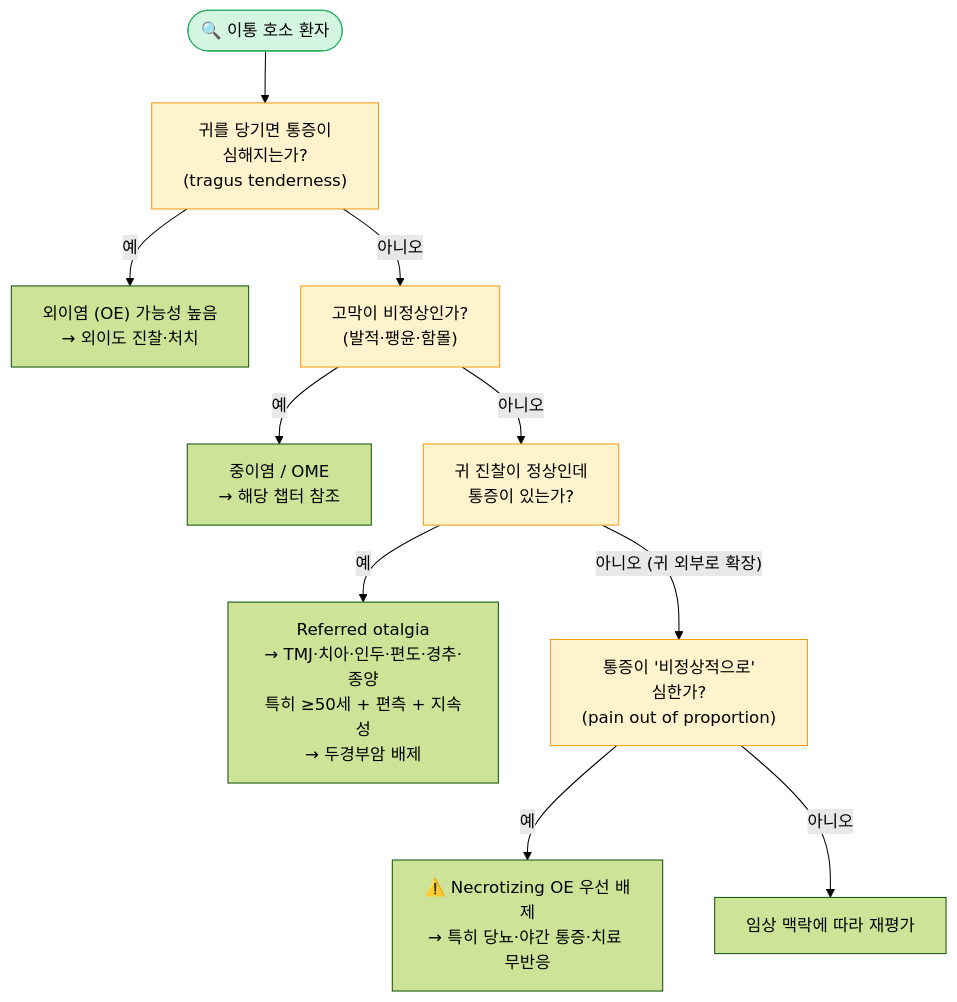
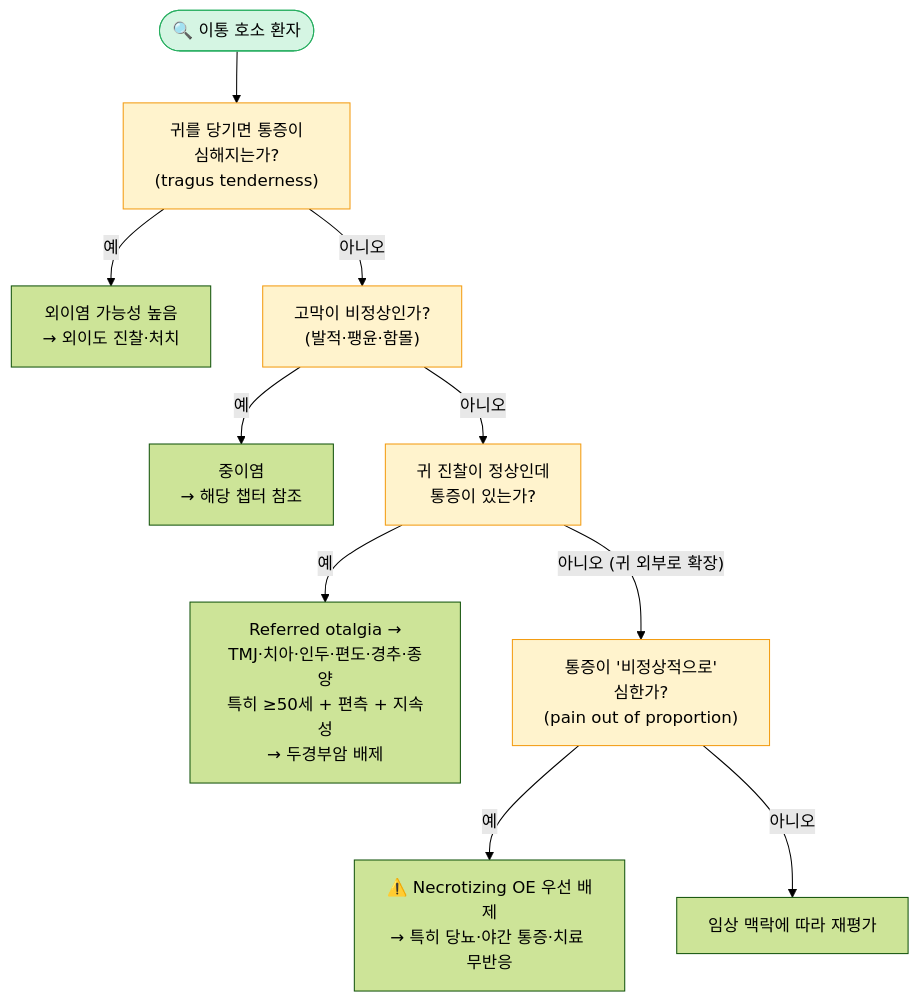
Before and after one commit to familyoh77/familyoh77: the first of 2 diagrams in 222_/047_-otitis-externa.md, drawn with Mermaid (forest theme). The commit also changed other lines of this file, not shown here.

````diff
--- a/222_/047_-otitis-externa.md
+++ b/222_/047_-otitis-externa.md
@@ -86,17 +86,17 @@
 ```mermaid
 graph TD
     S(["🔍 이통 호소 환자"]) --> Q1["귀를 당기면 통증이<br/>심해지는가?<br/>(tragus tenderness)"]
-    Q1 -- "예" --> OE["외이염 (OE) 가능성 높음<br/>→ 외이도 진찰·처치"]
+    Q1 -- "예" --> OE["외이염 가능성 높음<br/>→ 외이도 진찰·처치"]
     Q1 -- "아니오" --> Q2["고막이 비정상인가?<br/>(발적·팽윤·함몰)"]
-    Q2 -- "예" --> OM["중이염 / OME<br/>→ 해당 챕터 참조"]
+    Q2 -- "예" --> OM["중이염<br/>→ 해당 챕터 참조"]
     Q2 -- "아니오" --> Q3["귀 진찰이 정상인데<br/>통증이 있는가?"]
-    Q3 -- "예" --> REF["Referred otalgia<br/>→ TMJ·치아·인두·편도·경추·종양<br/>특히 ≥50세 + 편측 + 지속성<br/>→ 두경부암 배제"]
+    Q3 -- "예" --> REF["Referred otalgia →<br/>TMJ·치아·인두·편도·경추·종양<br/>특히 ≥50세 + 편측 + 지속성<br/>→ 두경부암 배제"]
     Q3 -- "아니오 (귀 외부로 확장)" --> Q4["통증이 '비정상적으로'<br/>심한가?<br/>(pain out of proportion)"]
     Q4 -- "예" --> NOE["⚠️ Necrotizing OE 우선 배제<br/>→ 특히 당뇨·야간 통증·치료 무반응"]
     Q4 -- "아니오" --> EVAL["임상 맥락에 따라 재평가"]
     
         style S fill:#d5f5e3,stroke:#27ae60
         classDef yellow fill:#fff3cd,stroke:#f39c12
         class Q1,Q2,Q3,Q4 yellow
 
 ```
````
